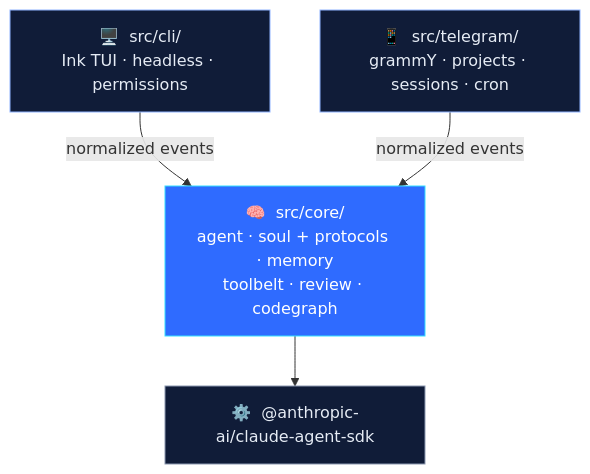
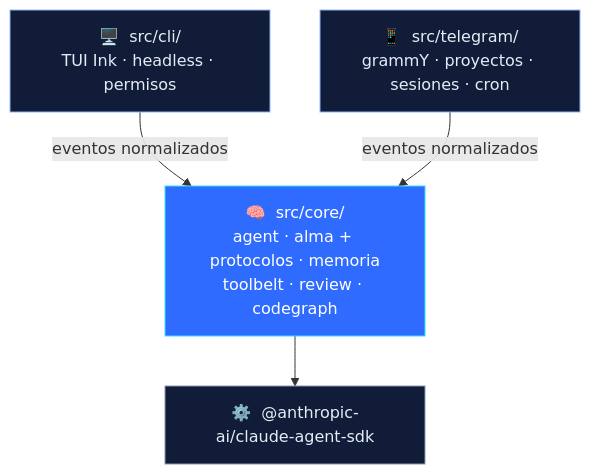
The third of 3 diagrams in README.md (MarcArcherCiscar/Ares), drawn with Mermaid before and after one commit. The commit also changed other lines of this file, not shown here.

Commit message:
docs: README en español + retomar conversaciones (CLI -c/-r, Telegram /historial)

````diff
--- a/README.md
+++ b/README.md
@@ -91,16 +91,16 @@
 ```mermaid
 flowchart TD
-    CLI["🖥️  src/cli/<br/>Ink TUI · headless · permissions"]
-    TG["📱  src/telegram/<br/>grammY · projects · sessions · cron"]
-    CORE["🧠  src/core/<br/>agent · soul + protocols · memory<br/>toolbelt · review · codegraph"]
+    CLI["🖥️  src/cli/<br/>TUI Ink · headless · permisos"]
+    TG["📱  src/telegram/<br/>grammY · proyectos · sesiones · cron"]
+    CORE["🧠  src/core/<br/>agent · alma + protocolos · memoria<br/>toolbelt · review · codegraph"]
     SDK["⚙️  @anthropic-ai/claude-agent-sdk"]
 
-    CLI -->|normalized events| CORE
-    TG -->|normalized events| CORE
+    CLI -->|eventos normalizados| CORE
+    TG -->|eventos normalizados| CORE
     CORE --> SDK
 
     style CORE fill:#2F6BFF,stroke:#34E0FF,color:#fff
     style SDK fill:#101C38,stroke:#8B98B0,color:#E6ECF5
     style CLI fill:#101C38,stroke:#8FB3FF,color:#E6ECF5
     style TG fill:#101C38,stroke:#8FB3FF,color:#E6ECF5
 ```
````
